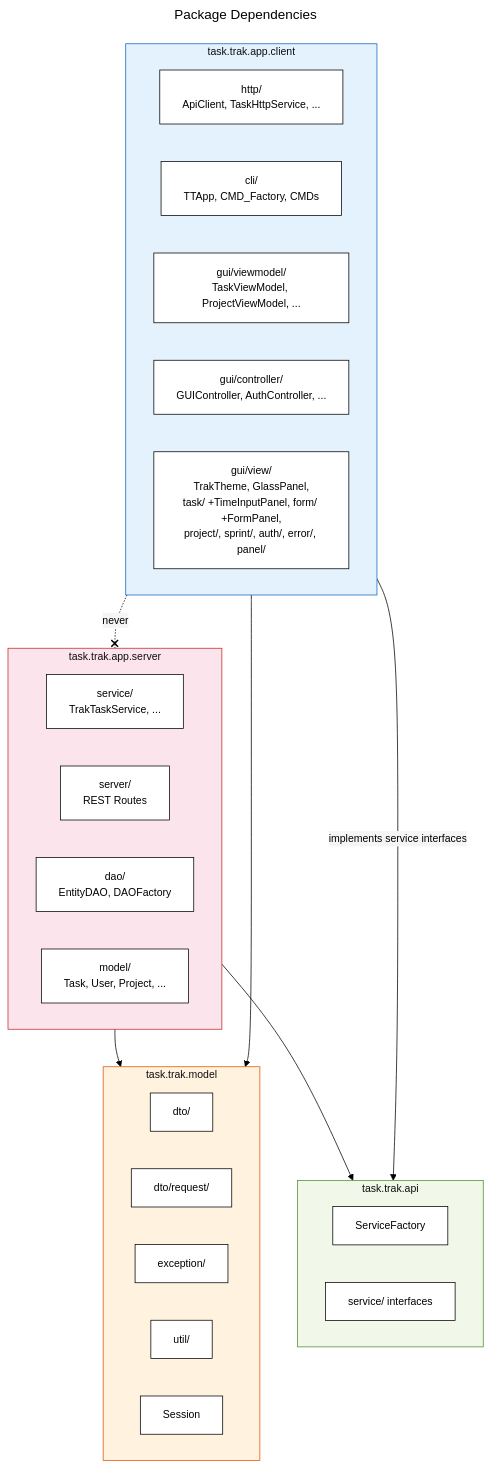
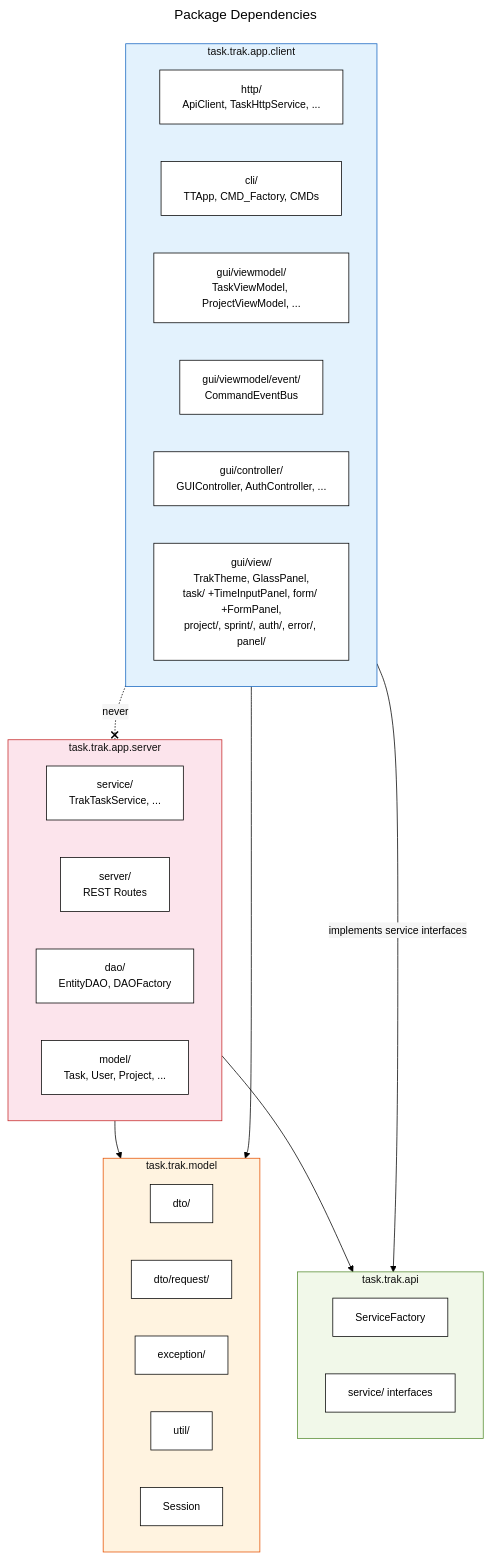
One commit to magana272/TaskTrac changed the third of 14 diagrams in docs/DIAGRAM.md. Above: the diagram before and after it, drawn with Mermaid. The commit also changed other lines of this file and 8 other files, not shown here.

Commit message:
docs: restructure README, update DESIGN/DIAGRAM/usage, add screenshots

````diff
--- a/docs/DIAGRAM.md
+++ b/docs/DIAGRAM.md
@@ -156,61 +156,62 @@
 ```mermaid
 ---
 config:
   theme: base
   themeVariables:
     primaryColor: '#ffffff'
     primaryTextColor: '#000000'
     primaryBorderColor: '#000000'
     lineColor: '#000000'
     secondaryColor: '#f5f5f5'
     tertiaryColor: '#f0f0f0'
     fontFamily: 'Georgia, Times New Roman, serif'
     fontSize: '14px'
     clusterBkg: '#fafafa'
     clusterBorder: '#000000'
 title: Package Dependencies
 ---
 flowchart TB
     subgraph api["task.trak.api"]
         direction LR
         sf[ServiceFactory]
         svc_if[service/ interfaces]
     end
 
     subgraph model["task.trak.model"]
         direction LR
         dto[dto/]
         dto_req[dto/request/]
         exception[exception/]
         util[util/]
         session[Session]
     end
 
     subgraph client["task.trak.app.client"]
         direction LR
         http[http/<br>ApiClient, TaskHttpService, ...]
         cli[cli/<br>TTApp, CMD_Factory, CMDs]
         viewmodel[gui/viewmodel/<br>TaskViewModel, ProjectViewModel, ...]
+        eventbus[gui/viewmodel/event/<br>CommandEventBus]
         controller[gui/controller/<br>GUIController, AuthController, ...]
         views[gui/view/<br>TrakTheme, GlassPanel,<br>task/ +TimeInputPanel, form/ +FormPanel,<br>project/, sprint/, auth/, error/, panel/]
     end
 
     subgraph server["task.trak.app.server"]
         direction LR
         svc_impl[service/<br>TrakTaskService, ...]
         routes[server/<br>REST Routes]
         dao_layer[dao/<br>EntityDAO, DAOFactory]
         models[model/<br>Task, User, Project, ...]
     end
 
     client --> model
     http -->|implements service interfaces| api
     server --> api
     server --> model
     client -.-x|never| server
 
     style client fill:#e3f2fd,stroke:#1565c0
     style server fill:#fce4ec,stroke:#c62828
     style api fill:#f1f8e9,stroke:#558b2f
     style model fill:#fff3e0,stroke:#e65100
 ```
````
